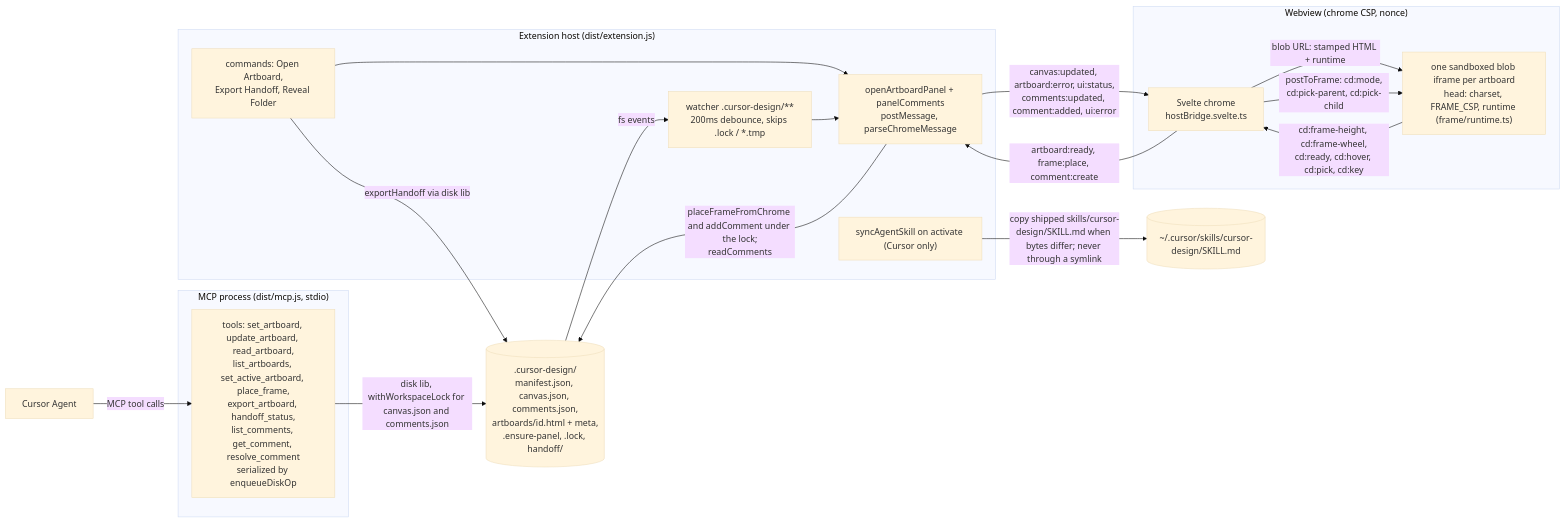
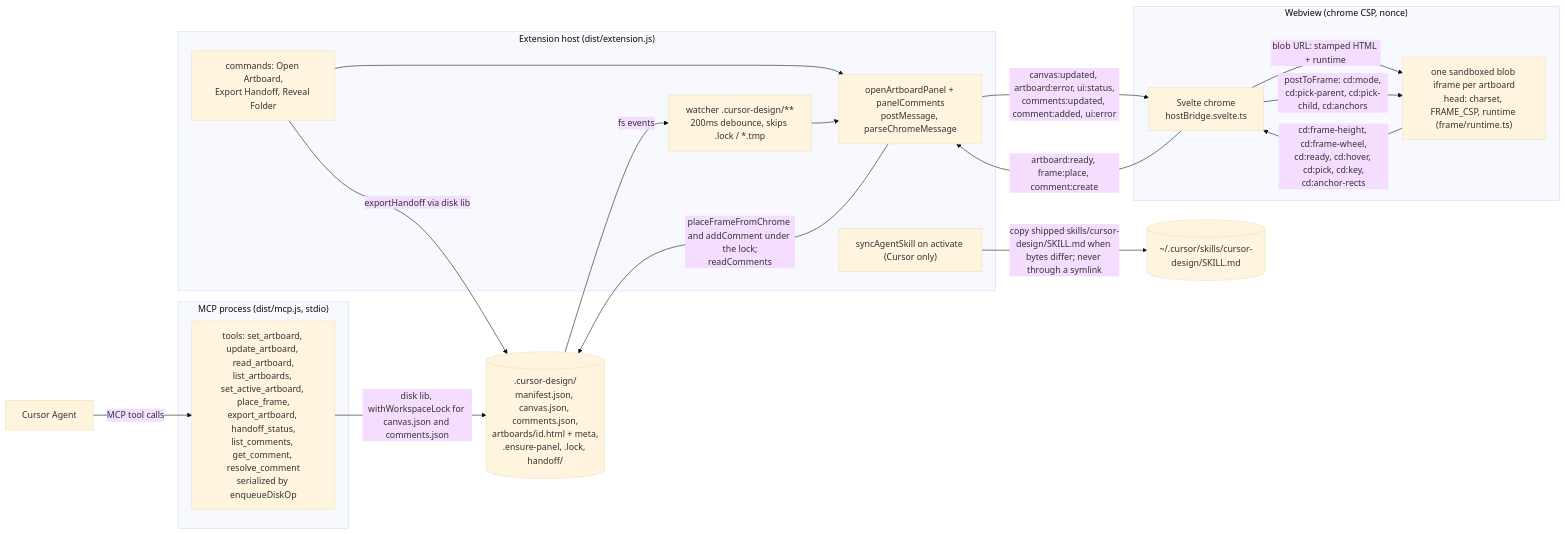
One commit to MarekBombera/cursor-design-extension changed the first of 8 diagrams in blueprint/context/system-map.md. Above: the diagram before and after it, drawn with Mermaid (base theme). The commit also changed other lines of this file and 40 other files, not shown here.

````diff
--- a/blueprint/context/system-map.md
+++ b/blueprint/context/system-map.md
@@ -41,33 +41,33 @@
 ```mermaid
 flowchart LR
   Agent["Cursor Agent"]
   subgraph MCP["MCP process (dist/mcp.js, stdio)"]
     Tools["tools: set_artboard, update_artboard, read_artboard,<br/>list_artboards, set_active_artboard, place_frame,<br/>export_artboard, handoff_status,<br/>list_comments, get_comment, resolve_comment<br/>serialized by enqueueDiskOp"]
   end
   subgraph Host["Extension host (dist/extension.js)"]
     Watcher["watcher .cursor-design/**<br/>200ms debounce, skips .lock / *.tmp"]
     Panel["openArtboardPanel + panelComments<br/>postMessage, parseChromeMessage"]
     Cmds["commands: Open Artboard,<br/>Export Handoff, Reveal Folder"]
     Skill["syncAgentSkill on activate (Cursor only)"]
   end
   subgraph Webview["Webview (chrome CSP, nonce)"]
     Chrome["Svelte chrome<br/>hostBridge.svelte.ts"]
     Frames["one sandboxed blob iframe per artboard<br/>head: charset, FRAME_CSP, runtime (frame/runtime.ts)"]
   end
   Disk[(".cursor-design/<br/>manifest.json, canvas.json, comments.json,<br/>artboards/id.html + meta,<br/>.ensure-panel, .lock, handoff/")]
   Home[("~/.cursor/skills/cursor-design/SKILL.md")]
 
   Agent -->|MCP tool calls| Tools
   Tools -->|disk lib, withWorkspaceLock for canvas.json and comments.json| Disk
   Skill -->|copy shipped skills/cursor-design/SKILL.md when bytes differ; never through a symlink| Home
   Disk -->|fs events| Watcher
   Watcher --> Panel
   Cmds --> Panel
   Cmds -->|exportHandoff via disk lib| Disk
   Panel -->|canvas:updated, artboard:error, ui:status,<br/>comments:updated, comment:added, ui:error| Chrome
   Chrome -->|artboard:ready, frame:place, comment:create| Panel
   Panel -->|placeFrameFromChrome and addComment under the lock;<br/>readComments| Disk
   Chrome -->|blob URL: stamped HTML + runtime| Frames
-  Frames -->|cd:frame-height, cd:frame-wheel,<br/>cd:ready, cd:hover, cd:pick, cd:key| Chrome
-  Chrome -->|postToFrame: cd:mode,<br/>cd:pick-parent, cd:pick-child| Frames
+  Frames -->|cd:frame-height, cd:frame-wheel,<br/>cd:ready, cd:hover, cd:pick, cd:key,<br/>cd:anchor-rects| Chrome
+  Chrome -->|postToFrame: cd:mode,<br/>cd:pick-parent, cd:pick-child, cd:anchors| Frames
 ```
````
